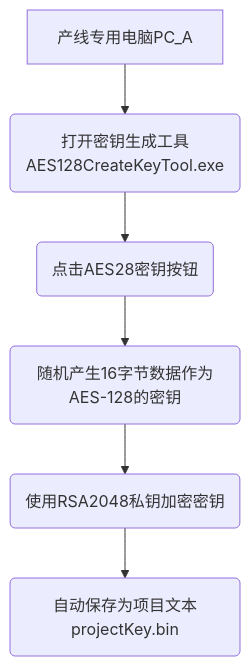
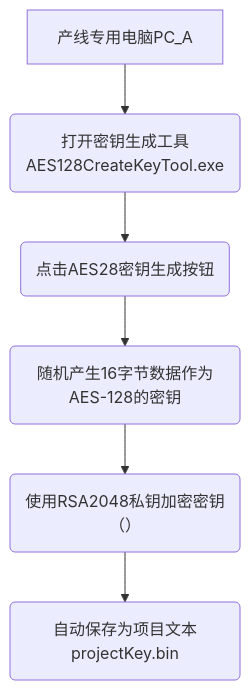
Before and after one commit to facebook-cloud/iodraw-files: the diagram in all/未命名-9.md, drawn with Mermaid.

Commit message:
2026-01-06 20:37:36 update

````diff
--- a/all/未命名-9.md
+++ b/all/未命名-9.md
@@ -1,9 +1,9 @@
 ```mermaid
 graph TD
     A[产线专用电脑PC_A] --> B(打开密钥生成工具AES128CreateKeyTool.exe)
-    B --> C(点击AES28密钥按钮)
+    B --> C(点击AES28密钥生成按钮)
     C --> D(随机产生16字节数据作为AES-128的密钥)
-    D --> E(使用RSA2048私钥加密密钥)
+    D --> E(使用RSA2048私钥加密密钥（）)
     E --> F(自动保存为项目文本projectKey.bin)
 
 ```
````
